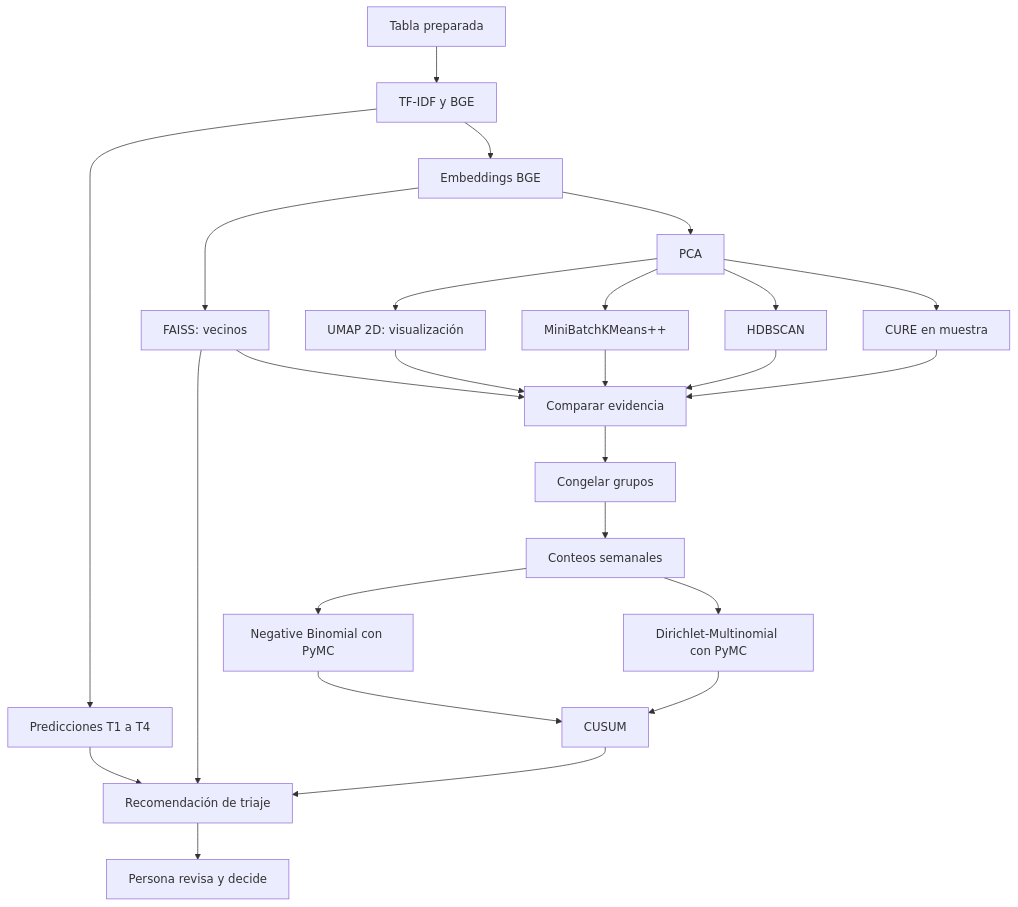
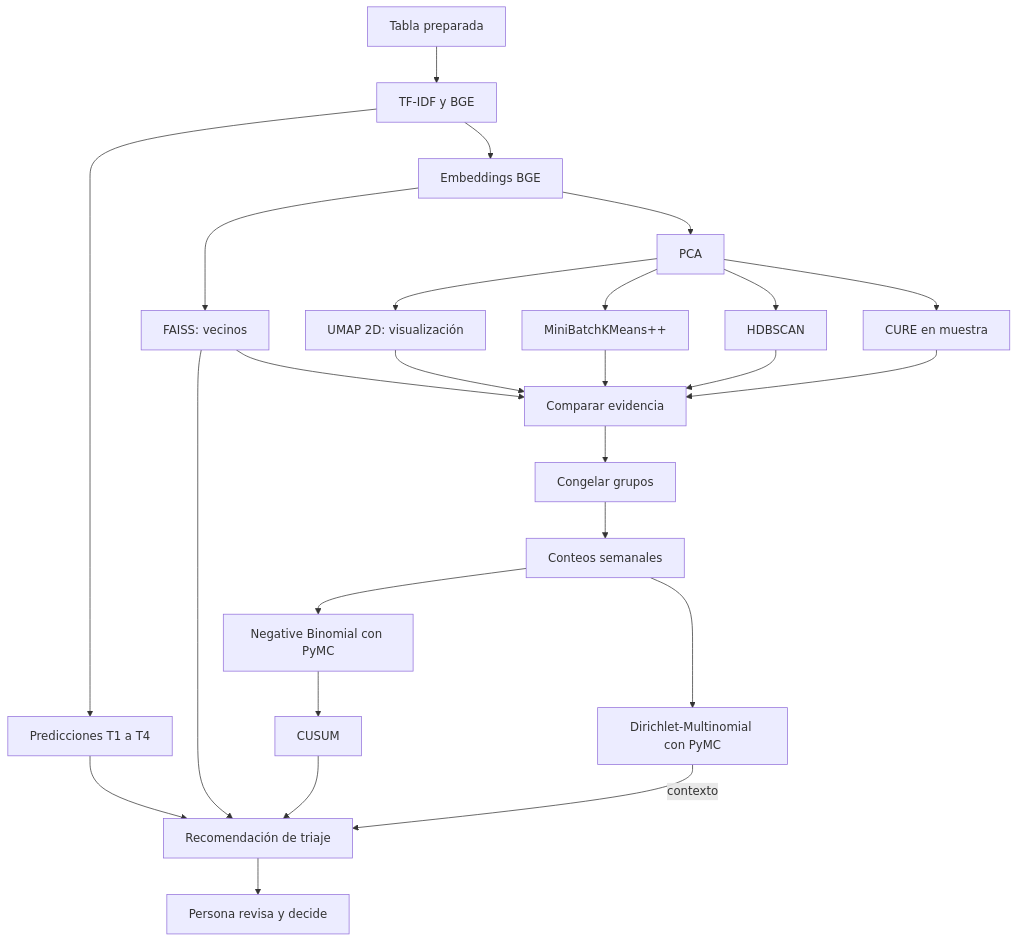
Before and after one commit to Codenid/capstone-claims-triage: the diagram in README.md, drawn with Mermaid. The commit also changed other lines of this file and 2 other files, not shown here.

````diff
--- a/README.md
+++ b/README.md
@@ -711,31 +715,31 @@
 ```mermaid
 flowchart TD
     A[Tabla preparada] --> B[TF-IDF y BGE]
     B --> C[Predicciones T1 a T4]
     B --> D[Embeddings BGE]
 
     D --> E[FAISS: vecinos]
     D --> F[PCA]
     F --> G[UMAP 2D: visualización]
     F --> H[MiniBatchKMeans++]
     F --> I[HDBSCAN]
     F --> J[CURE en muestra]
 
     E --> K[Comparar evidencia]
     G --> K
     H --> K
     I --> K
     J --> K
 
     K --> L[Congelar grupos]
     L --> M[Conteos semanales]
     M --> N[Negative Binomial con PyMC]
     M --> O[Dirichlet-Multinomial con PyMC]
     N --> P[CUSUM]
-    O --> P
 
     C --> Q[Recomendación de triaje]
     E --> Q
     P --> Q
+    O -->|contexto| Q
     Q --> R[Persona revisa y decide]
 ```
````
